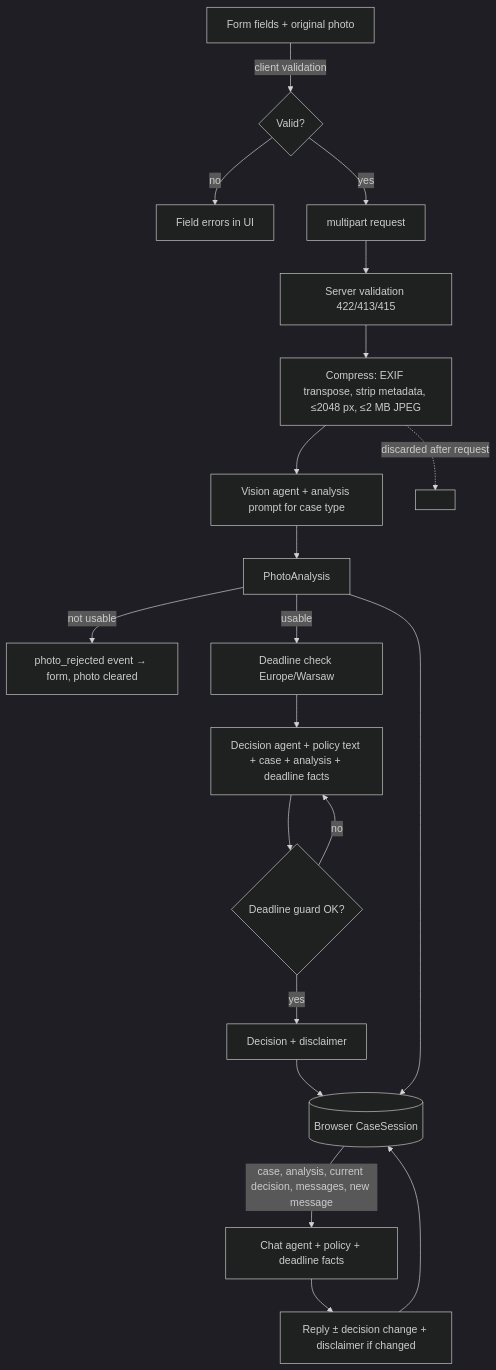
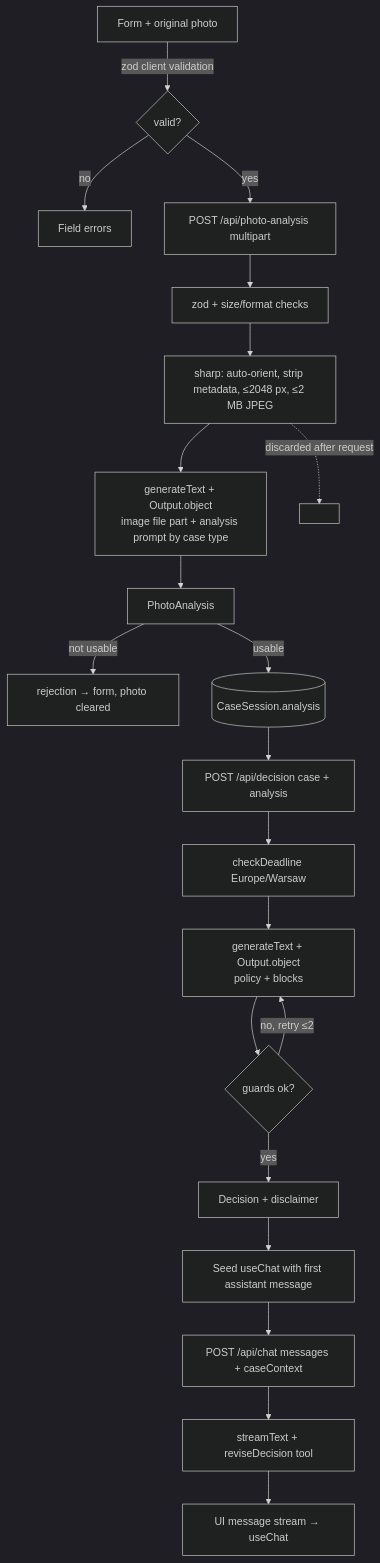
One commit to pawelpost4/sii-vibe-coding-2026-10 changed the second of 7 diagrams in docs/ADR/000-main-architecture.md. Above: the diagram before and after it, drawn with Mermaid (dark theme). The commit also changed other lines of this file and 6 other files, not shown here.

First line of the commit message:
Docs: second ADR - replace FastAPI ADRs with Next.js + AI SDK architecture

````diff
--- a/docs/ADR/000-main-architecture.md
+++ b/docs/ADR/000-main-architecture.md
@@ -342,22 +313,23 @@
 ```mermaid
 flowchart TD
-    F[Form fields + original photo] -->|client validation| V{Valid?}
-    V -- no --> FE[Field errors in UI]
-    V -- yes --> M[multipart request]
-    M --> SV[Server validation 422/413/415]
-    SV --> C[Compress: EXIF transpose, strip metadata, ≤2048 px, ≤2 MB JPEG]
-    C --> PA[Vision agent + analysis prompt for case type]
-    PA --> A[PhotoAnalysis]
-    A -->|not usable| R[photo_rejected event → form, photo cleared]
-    A -->|usable| D0[Deadline check Europe/Warsaw]
-    D0 --> DA[Decision agent + policy text + case + analysis + deadline facts]
-    DA --> DV{Deadline guard OK?}
-    DV -- no --> DA
-    DV -- yes --> DEC[Decision + disclaimer]
-    DEC --> S[(Browser CaseSession)]
-    A --> S
-    S -->|case, analysis, current decision, messages, new message| CH[Chat agent + policy + deadline facts]
-    CH --> RP[Reply ± decision change + disclaimer if changed]
-    RP --> S
-    C -. discarded after request .-> X[ ]
+    F[Form + original photo] -->|zod client validation| V{valid?}
+    V -- no --> FE[Field errors]
+    V -- yes --> P1[POST /api/photo-analysis multipart]
+    P1 --> SV[zod + size/format checks]
+    SV --> SH[sharp: auto-orient, strip metadata, ≤2048 px, ≤2 MB JPEG]
+    SH --> GA[generateText + Output.object<br/>image file part + analysis prompt by case type]
+    GA --> AN[PhotoAnalysis]
+    AN -->|not usable| RJ[rejection → form, photo cleared]
+    AN -->|usable| ST[(CaseSession.analysis)]
+    ST --> P2[POST /api/decision case + analysis]
+    P2 --> DL[checkDeadline Europe/Warsaw]
+    DL --> GD[generateText + Output.object<br/>policy + blocks]
+    GD --> GU{guards ok?}
+    GU -- no, retry ≤2 --> GD
+    GU -- yes --> DEC[Decision + disclaimer]
+    DEC --> SEED[Seed useChat with first assistant message]
+    SEED --> P3[POST /api/chat messages + caseContext]
+    P3 --> STX[streamText + reviseDecision tool]
+    STX --> UIS[UI message stream → useChat]
+    SH -. discarded after request .-> X[ ]
 ```
````
